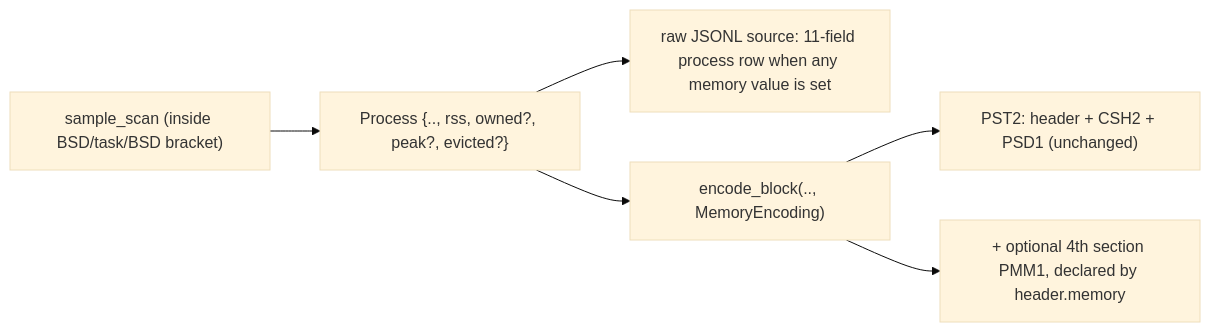
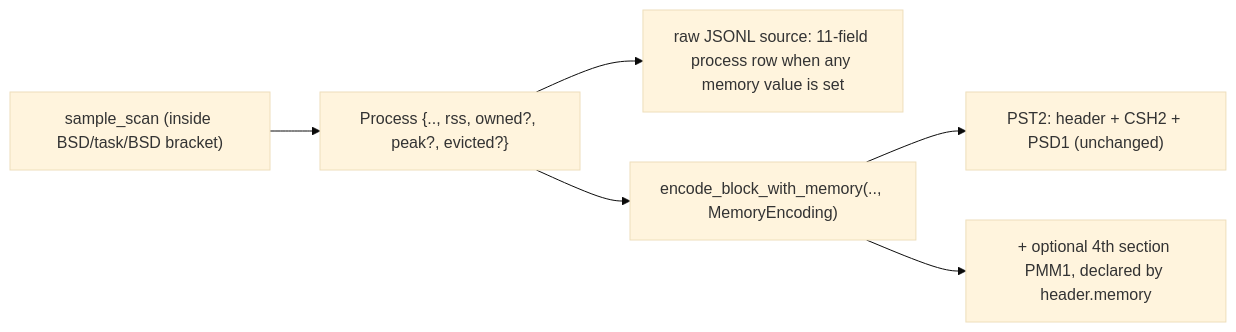
One commit to unphased/vim-config changed the third of 3 diagrams in herdr-plugins/pane-load/MEMORY_METRICS.md. Above: the diagram before and after it, drawn with Mermaid (base theme). The commit also changed other lines of this file and 3 other files, not shown here.

First line of the commit message:
docs(recording): document memory encoding, CLI defaults and validated ownership

````diff
--- a/herdr-plugins/pane-load/MEMORY_METRICS.md
+++ b/herdr-plugins/pane-load/MEMORY_METRICS.md
@@ -128,8 +141,8 @@
 ```mermaid
 flowchart LR
   A["sample_scan (inside BSD/task/BSD bracket)"] --> P["Process {.., rss, owned?, peak?, evicted?}"]
   P --> RAW["raw JSONL source: 11-field process row when any memory value is set"]
-  P --> ENC["encode_block(.., MemoryEncoding)"]
+  P --> ENC["encode_block_with_memory(.., MemoryEncoding)"]
   ENC --> S3["PST2: header + CSH2 + PSD1 (unchanged)"]
   ENC --> S4["+ optional 4th section PMM1, declared by header.memory"]
 ```
````
